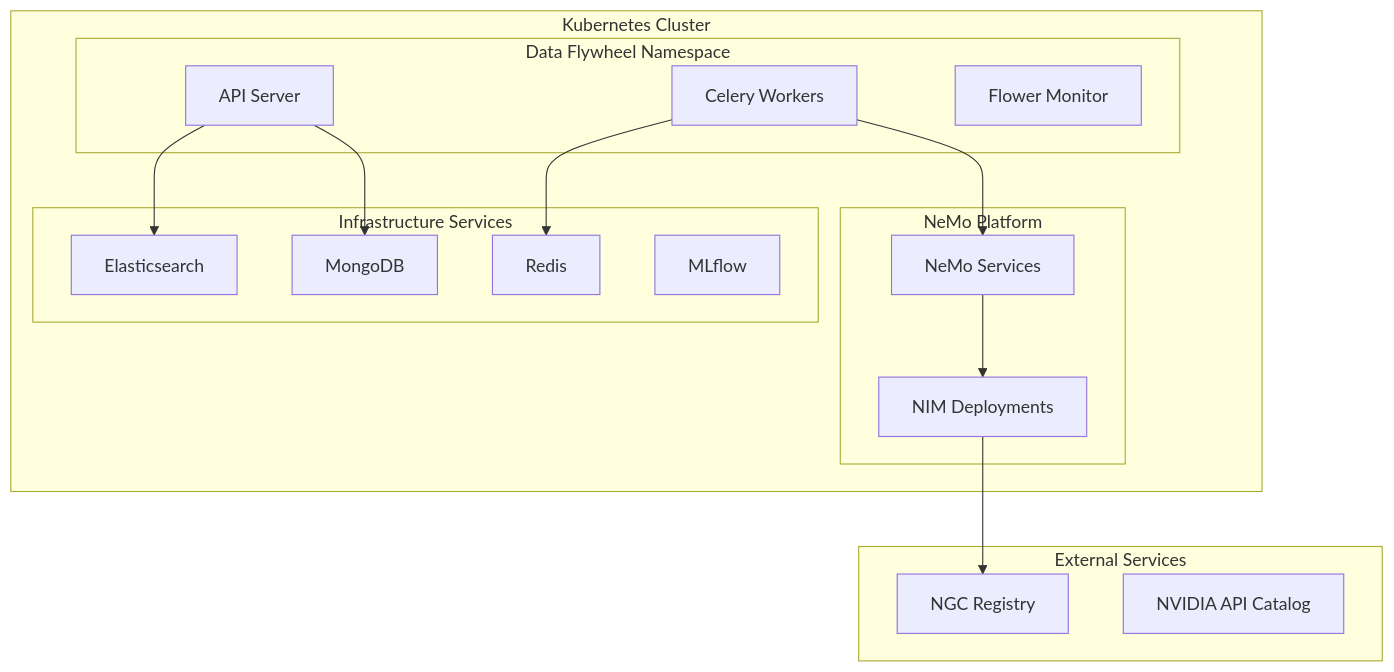
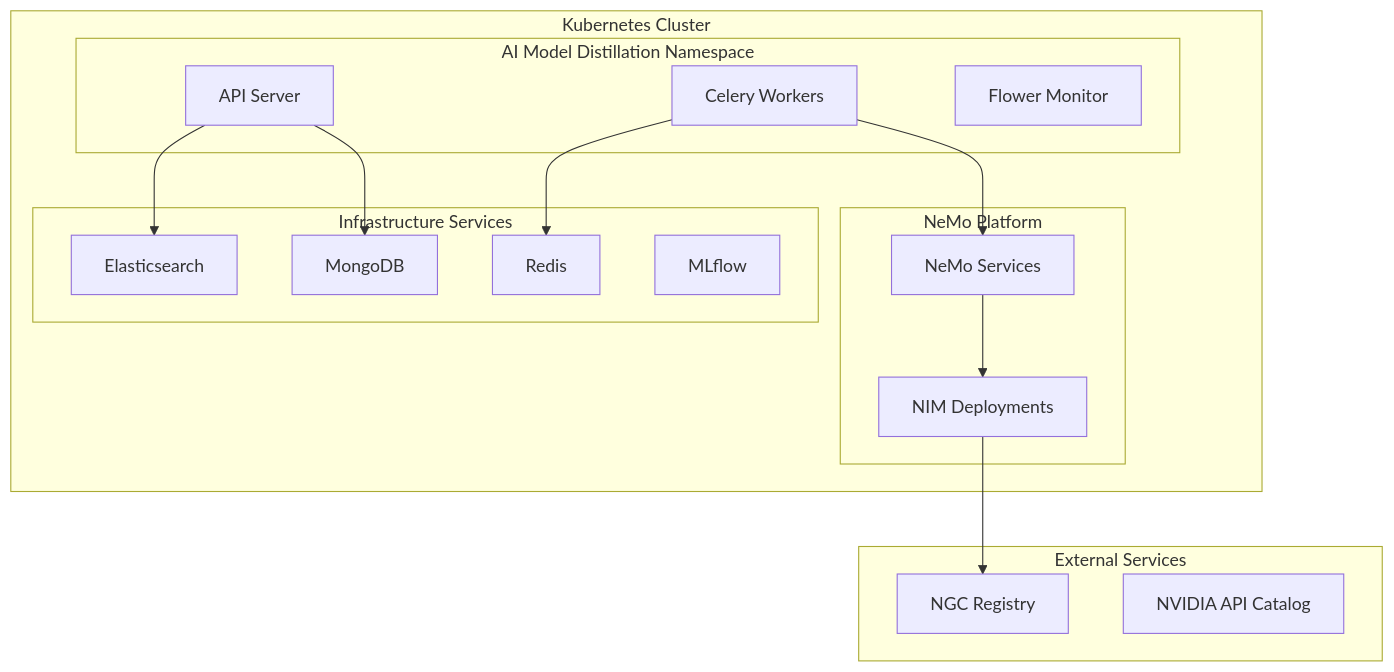
Before and after one commit to bp-cicd-org/ai-model-distillation-for-financial-data: the diagram in docs/10-production-deployment.md, drawn with Mermaid. The commit also changed 8 other files, not shown here.

````diff
--- a/docs/10-production-deployment.md
+++ b/docs/10-production-deployment.md
@@ -12,34 +12,34 @@
 ```mermaid
 graph TB
     subgraph "Kubernetes Cluster"
-        subgraph "Data Flywheel Namespace"
+        subgraph "AI Model Distillation Namespace"
             API[API Server]
             CELERY[Celery Workers]
             FLOWER[Flower Monitor]
         end
         
         subgraph "Infrastructure Services"
             ES[Elasticsearch]
             MONGO[MongoDB]
             REDIS[Redis]
             MLFLOW[MLflow]
         end
         
         subgraph "NeMo Platform"
             NEMO[NeMo Services]
             NIMS[NIM Deployments]
         end
     end
     
     subgraph "External Services"
         NGC[NGC Registry]
         NVIDIA_API[NVIDIA API Catalog]
     end
     
     API --> ES
     API --> MONGO
     CELERY --> REDIS
     CELERY --> NEMO
     NEMO --> NIMS
     NIMS --> NGC
 ```
````
